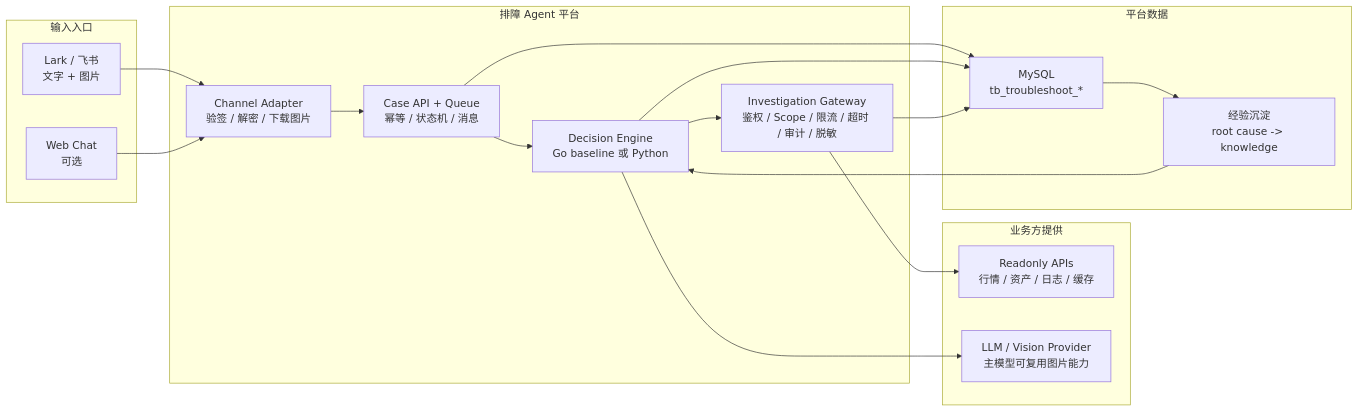
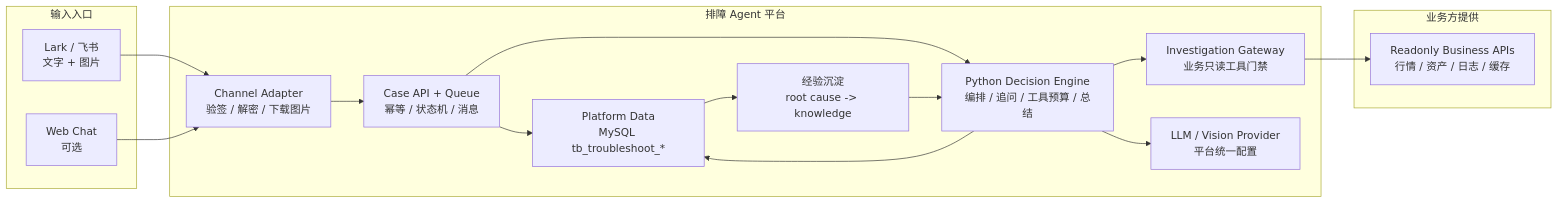
Before and after one commit to Nankis/ai-troubleshooter: the first of 2 diagrams in README.md, drawn with Mermaid. The commit also changed other lines of this file and 33 other files, not shown here.

Commit message:
Clarify platform architecture boundaries

````diff
--- a/README.md
+++ b/README.md
@@ -93,37 +95,33 @@
 ```mermaid
 flowchart LR
   subgraph Entry["输入入口"]
     Chat["Lark / 飞书<br/>文字 + 图片"]
     Web["Web Chat<br/>可选"]
   end
 
   subgraph Agent["排障 Agent 平台"]
     Intake["Channel Adapter<br/>验签 / 解密 / 下载图片"]
     Case["Case API + Queue<br/>幂等 / 状态机 / 消息"]
-    Brain["Decision Engine<br/>Go baseline 或 Python"]
-    Gateway["Investigation Gateway<br/>鉴权 / Scope / 限流 / 超时 / 审计 / 脱敏"]
+    Brain["Python Decision Engine<br/>编排 / 追问 / 工具预算 / 总结"]
+    Gateway["Investigation Gateway<br/>业务只读工具门禁"]
+    Model["LLM / Vision Provider<br/>平台统一配置"]
+    Data["Platform Data<br/>MySQL tb_troubleshoot_*"]
+    Knowledge["经验沉淀<br/>root cause -> knowledge"]
   end
 
-  subgraph Company["业务方提供"]
-    APIs["Readonly APIs<br/>行情 / 资产 / 日志 / 缓存"]
-    LLM["LLM / Vision Provider<br/>主模型可复用图片能力"]
-  end
-
-  subgraph Data["平台数据"]
-    MySQL["MySQL<br/>tb_troubleshoot_*"]
-    Knowledge["经验沉淀<br/>root cause -> knowledge"]
+  subgraph Business["业务方提供"]
+    APIs["Readonly Business APIs<br/>行情 / 资产 / 日志 / 缓存"]
   end
 
   Chat --> Intake
   Web --> Intake
   Intake --> Case
+  Case --> Data
   Case --> Brain
-  Brain --> LLM
+  Brain --> Model
+  Brain --> Data
   Brain --> Gateway
   Gateway --> APIs
-  Case --> MySQL
-  Brain --> MySQL
-  Gateway --> MySQL
-  MySQL --> Knowledge
+  Data --> Knowledge
   Knowledge --> Brain
 ```
````
